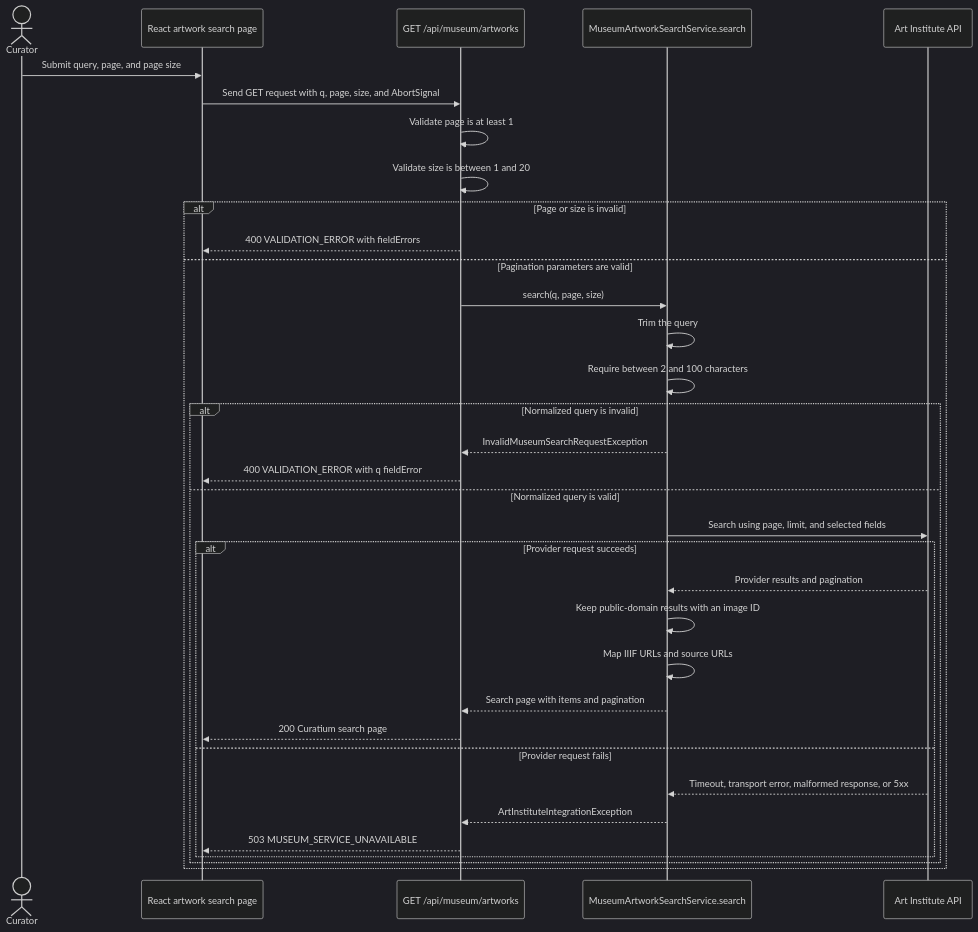
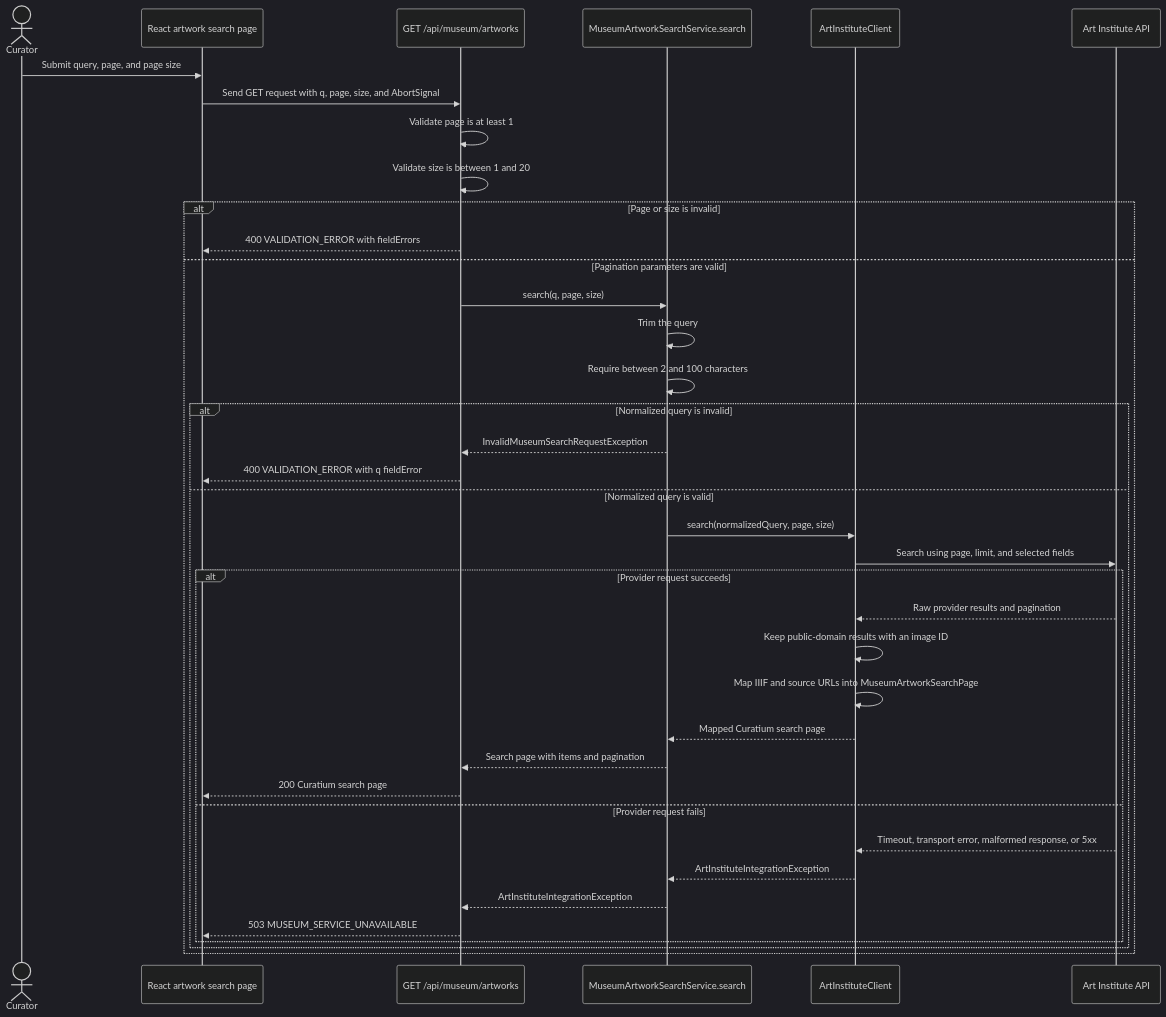
The diagram in docs/diagrams/artwork-search-sequence.md (luchikfisher/curatium), drawn with Mermaid (dark theme) before and after one commit. The commit also changed other lines of this file and 1 other file, not shown here.

Commit message:
docs: add technical project diagrams

````diff
--- a/docs/diagrams/artwork-search-sequence.md
+++ b/docs/diagrams/artwork-search-sequence.md
@@ -3,40 +3,44 @@
 ```mermaid
 sequenceDiagram
     actor Curator
     participant FE as React artwork search page
     participant API as GET /api/museum/artworks
     participant Search as MuseumArtworkSearchService.search
-    participant AIC as Art Institute API
+    participant AIC as ArtInstituteClient
+    participant Provider as Art Institute API
 
     Curator->>FE: Submit query, page, and page size
     FE->>API: Send GET request with q, page, size, and AbortSignal
     API->>API: Validate page is at least 1
     API->>API: Validate size is between 1 and 20
 
     alt Page or size is invalid
         API-->>FE: 400 VALIDATION_ERROR with fieldErrors
     else Pagination parameters are valid
         API->>Search: search(q, page, size)
         Search->>Search: Trim the query
         Search->>Search: Require between 2 and 100 characters
 
         alt Normalized query is invalid
             Search-->>API: InvalidMuseumSearchRequestException
             API-->>FE: 400 VALIDATION_ERROR with q fieldError
         else Normalized query is valid
-            Search->>AIC: Search using page, limit, and selected fields
+            Search->>AIC: search(normalizedQuery, page, size)
+            AIC->>Provider: Search using page, limit, and selected fields
 
             alt Provider request succeeds
-                AIC-->>Search: Provider results and pagination
-                Search->>Search: Keep public-domain results with an image ID
-                Search->>Search: Map IIIF URLs and source URLs
+                Provider-->>AIC: Raw provider results and pagination
+                AIC->>AIC: Keep public-domain results with an image ID
+                AIC->>AIC: Map IIIF and source URLs into MuseumArtworkSearchPage
+                AIC-->>Search: Mapped Curatium search page
                 Search-->>API: Search page with items and pagination
                 API-->>FE: 200 Curatium search page
             else Provider request fails
-                AIC-->>Search: Timeout, transport error, malformed response, or 5xx
+                Provider-->>AIC: Timeout, transport error, malformed response, or 5xx
+                AIC-->>Search: ArtInstituteIntegrationException
                 Search-->>API: ArtInstituteIntegrationException
                 API-->>FE: 503 MUSEUM_SERVICE_UNAVAILABLE
             end
         end
     end
 ```
````
